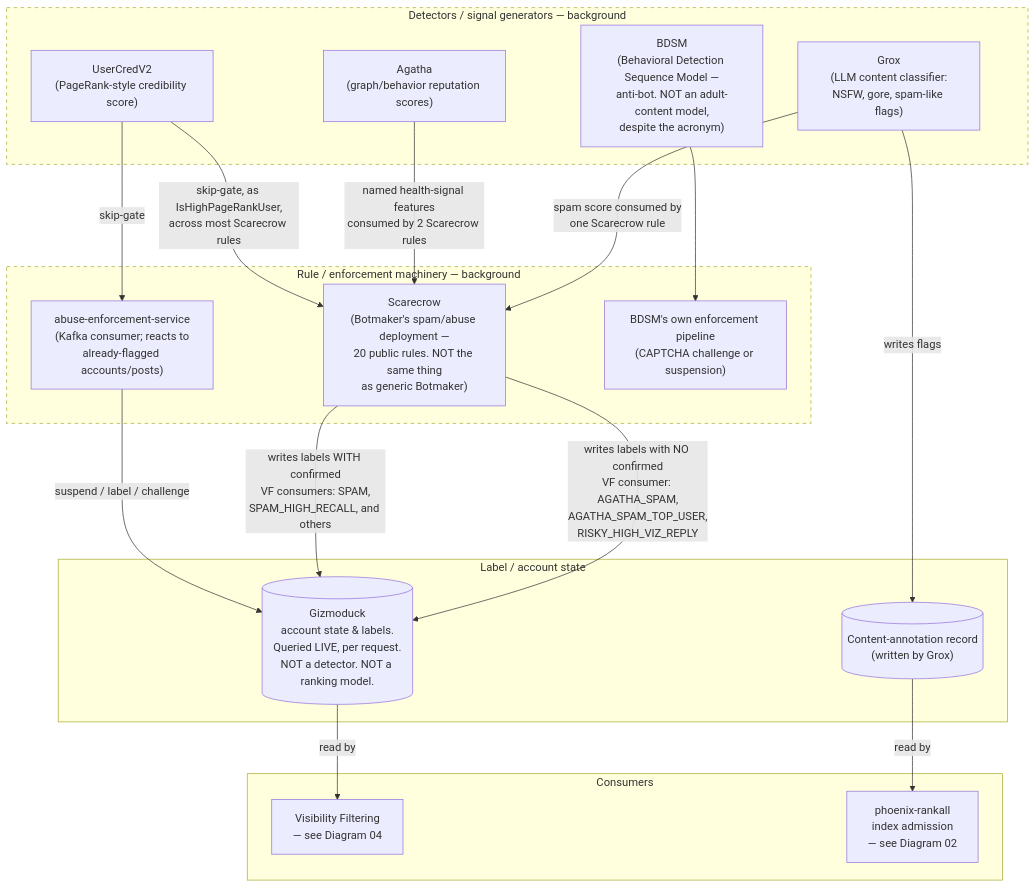
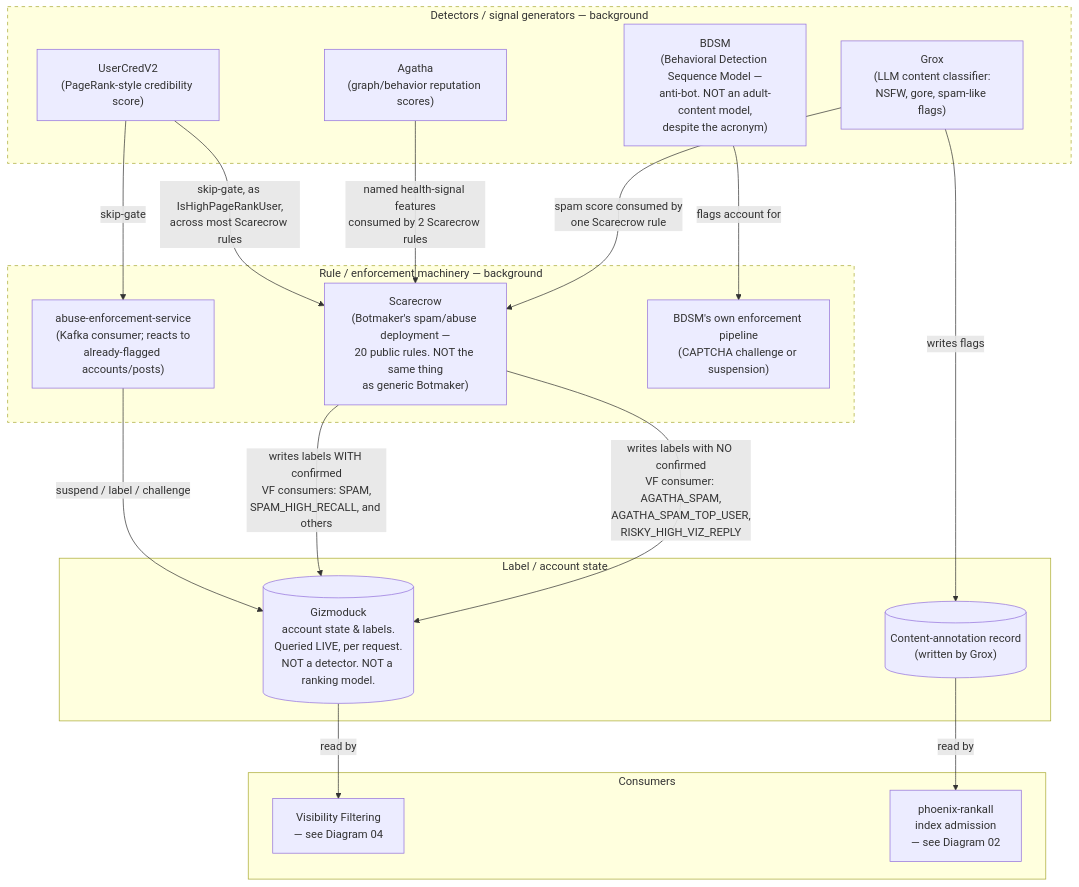
The diagram in _explainers/diagrams/05-safety-label-flow.md (casmint/x-algorithm), drawn with Mermaid before and after one commit. The commit also changed 9 other files, not shown here.

First line of the commit message:
explainers: define visual system and core diagram specs

````diff
--- a/_explainers/diagrams/05-safety-label-flow.md
+++ b/_explainers/diagrams/05-safety-label-flow.md
@@ -21,42 +21,42 @@
 ```mermaid
 flowchart TD
     subgraph DET["Detectors / signal generators — background"]
         GROX["Grox<br/>(LLM content classifier:<br/>NSFW, gore, spam-like flags)"]
         AGATHA["Agatha<br/>(graph/behavior reputation scores)"]
         BDSM["BDSM<br/>(Behavioral Detection Sequence Model —<br/>anti-bot. NOT an adult-content model,<br/>despite the acronym)"]
         UCV2["UserCredV2<br/>(PageRank-style credibility score)"]
     end
 
     subgraph ENF["Rule / enforcement machinery — background"]
         SCARECROW["Scarecrow<br/>(Botmaker's spam/abuse deployment —<br/>20 public rules. NOT the same thing<br/>as generic Botmaker)"]
         AES["abuse-enforcement-service<br/>(Kafka consumer; reacts to<br/>already-flagged accounts/posts)"]
         BDSMENF["BDSM's own enforcement pipeline<br/>(CAPTCHA challenge or suspension)"]
     end
 
     subgraph STATE["Label / account state"]
         UPA[("Content-annotation record<br/>(written by Grox)")]
         GIZ[("Gizmoduck<br/>account state & labels.<br/>Queried LIVE, per request.<br/>NOT a detector. NOT a ranking model.")]
     end
 
     subgraph CONS["Consumers"]
         VF["Visibility Filtering<br/>— see Diagram 04"]
         RANKALL["phoenix-rankall<br/>index admission<br/>— see Diagram 02"]
     end
 
     GROX -->|"writes flags"| UPA
     GROX -->|"spam score consumed by<br/>one Scarecrow rule"| SCARECROW
     AGATHA -->|"named health-signal features<br/>consumed by 2 Scarecrow rules"| SCARECROW
     UCV2 -->|"skip-gate"| AES
     UCV2 -->|"skip-gate, as IsHighPageRankUser,<br/>across most Scarecrow rules"| SCARECROW
-    BDSM --> BDSMENF
+    BDSM -->|"flags account for"| BDSMENF
 
     SCARECROW -->|"writes labels with NO confirmed<br/>VF consumer: AGATHA_SPAM,<br/>AGATHA_SPAM_TOP_USER,<br/>RISKY_HIGH_VIZ_REPLY"| GIZ
     SCARECROW -->|"writes labels WITH confirmed<br/>VF consumers: SPAM,<br/>SPAM_HIGH_RECALL, and others"| GIZ
     AES -->|"suspend / label / challenge"| GIZ
 
     UPA -->|"read by"| RANKALL
     GIZ -->|"read by"| VF
 
     classDef background stroke-dasharray: 5 5;
     class DET,ENF background
 ```
````
